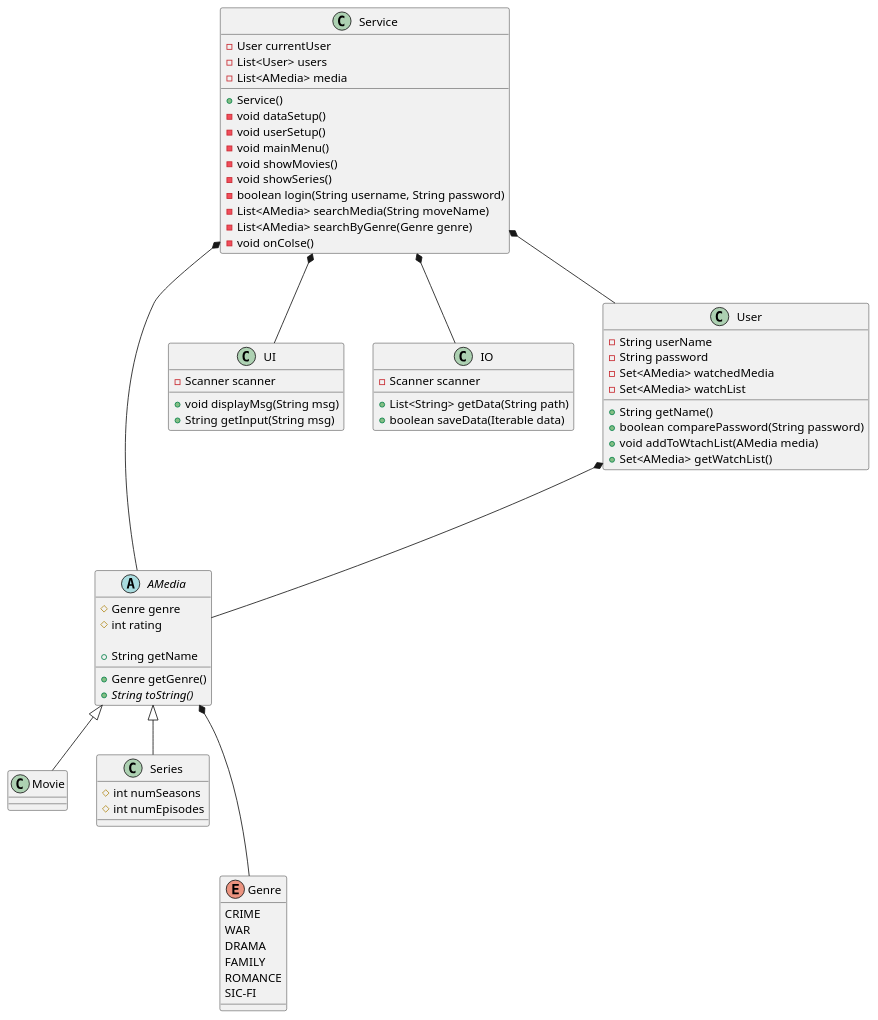
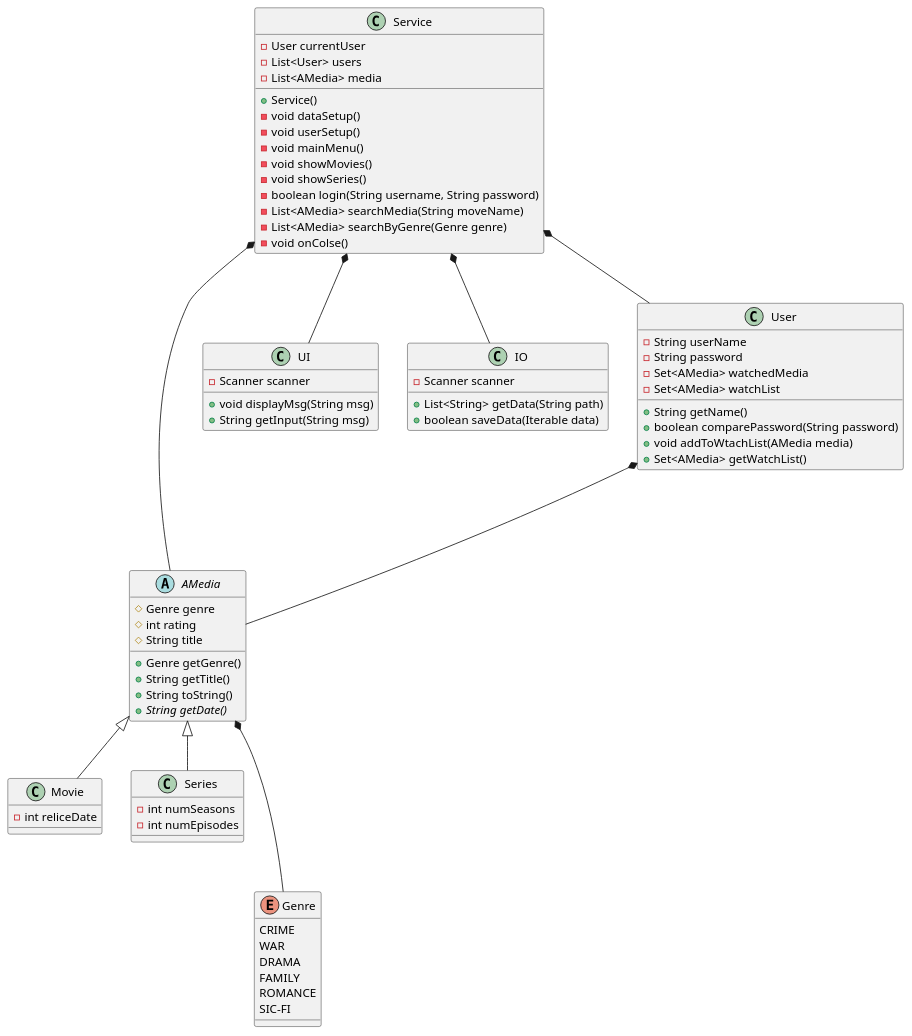
One commit to Laumh-exe/sp3 changed the diagram in doc/classDiagra.puml. Above: the diagram before and after it, drawn with PlantUML.

```diff
--- a/doc/classDiagra.puml
+++ b/doc/classDiagra.puml
@@ -1,88 +1,90 @@
 @startuml
 abstract class AMedia{
 	# Genre genre
 	# int rating
+    # String title
 
     + Genre getGenre()
-    + String getName
-    {abstract} + String toString()
+    + String getTitle()
+    + String toString()
+    {abstract} + String getDate()
 }
 
 class Movie{
-	
+	- int reliceDate
 }
 
 class Series{
-	# int numSeasons
-	# int numEpisodes	
+	- int numSeasons
+	- int numEpisodes	
 }
 
 class UI {
     - Scanner scanner
 	+ void displayMsg(String msg)
 	+ String getInput(String msg)
 }
 
 class IO{
     - Scanner scanner
 	+ List<String> getData(String path)
 	+ boolean saveData(Iterable data)
 }
 
 class User{
     - String userName
     - String password
     - Set<AMedia> watchedMedia
     - Set<AMedia> watchList
     + String getName()
     + boolean comparePassword(String password)
     + void addToWtachList(AMedia media)
     + Set<AMedia> getWatchList()
 }
 
 class Service{
     - User currentUser
 	- List<User> users
 	- List<AMedia> media
 	
     + Service()
     - void dataSetup()
     - void userSetup()
     - void mainMenu() 
     - void showMovies()
     - void showSeries()
 	- boolean login(String username, String password)
     - List<AMedia> searchMedia(String moveName)
     - List<AMedia> searchByGenre(Genre genre)
     - void onColse()
 }
 note left of Service::setup
     userlogin / create user
 end note
 
 note left of Service::mainMainu
     This is the main loop of the programSS
 end note
 
 enum Genre{
     CRIME
     WAR
     DRAMA
     FAMILY
     ROMANCE
     SIC-FI
 }
 
 Service *-- AMedia
 Service *-- User
 Service *-- UI
 Service *-- IO
 
 AMedia *--- Genre
 
 User *--- AMedia
 
 
 AMedia <|-- Movie
 AMedia <|-- Series
 @enduml
```
